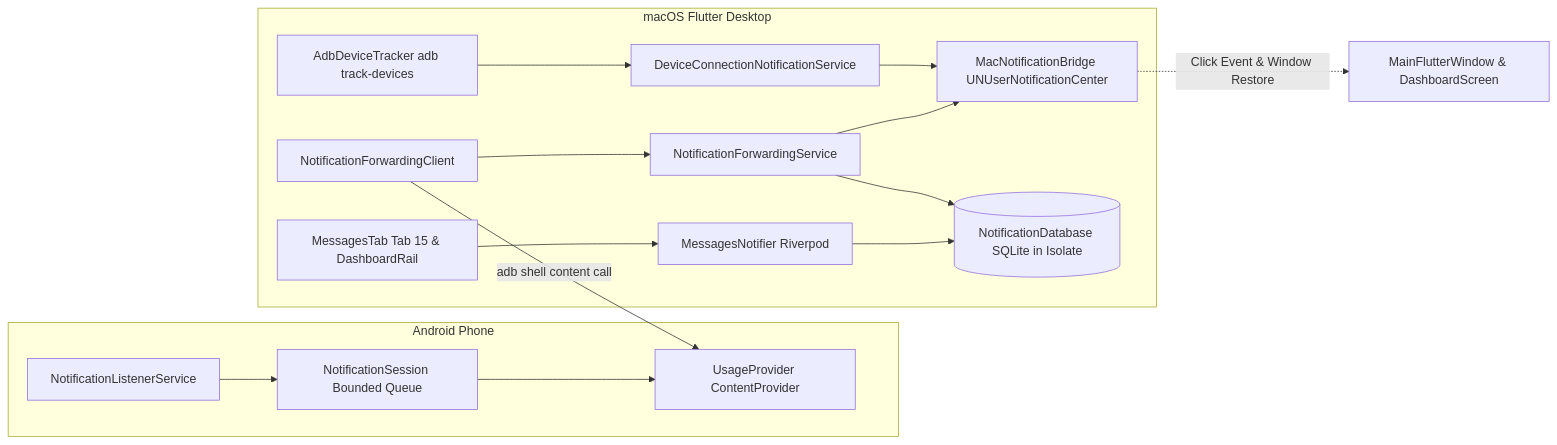
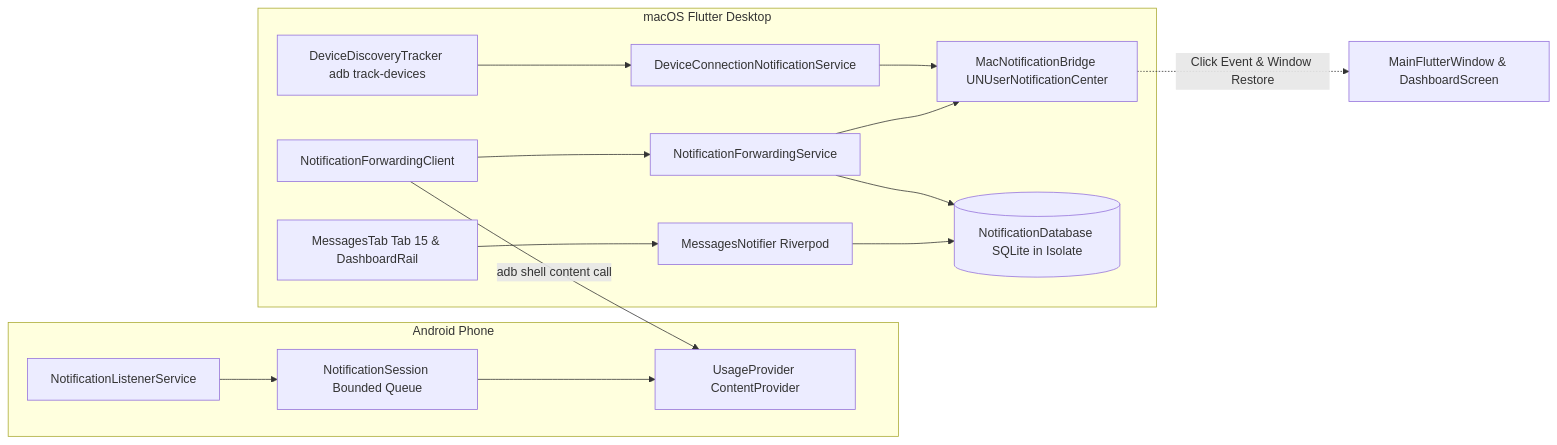
Before and after one commit to solomanlove/AnyDeck: the diagram in agent/knowledge/adb-connection-notifications-message-forwarding.md, drawn with Mermaid. The commit also changed other lines of this file and 52 other files, not shown here.

````diff
--- a/agent/knowledge/adb-connection-notifications-message-forwarding.md
+++ b/agent/knowledge/adb-connection-notifications-message-forwarding.md
@@ -18,22 +18,22 @@
 ```mermaid
 flowchart LR
     subgraph Android[Android Phone]
         NLS[NotificationListenerService] --> NQueue[NotificationSession Bounded Queue]
         NQueue --> CP[UsageProvider ContentProvider]
     end
 
     subgraph Desktop[macOS Flutter Desktop]
-        ADB[AdbDeviceTracker adb track-devices] --> ConnService[DeviceConnectionNotificationService]
+        ADB[DeviceDiscoveryTracker adb track-devices] --> ConnService[DeviceConnectionNotificationService]
         ConnService --> Bridge[MacNotificationBridge UNUserNotificationCenter]
 
         NClient[NotificationForwardingClient] -->|adb shell content call| CP
         NClient --> NService[NotificationForwardingService]
         NService --> DB[(NotificationDatabase SQLite in Isolate)]
         NService --> Bridge
 
         UI[MessagesTab Tab 15 & DashboardRail] --> Controller[MessagesNotifier Riverpod]
         Controller --> DB
     end
 
     Bridge -.->|Click Event & Window Restore| Window[MainFlutterWindow & DashboardScreen]
 ```
````
